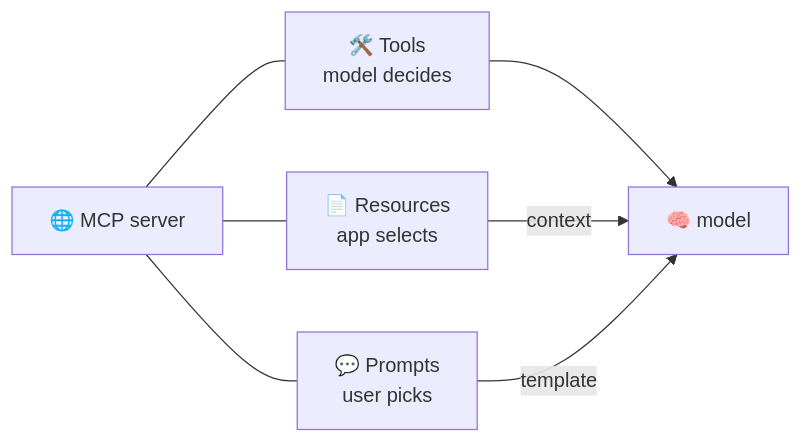
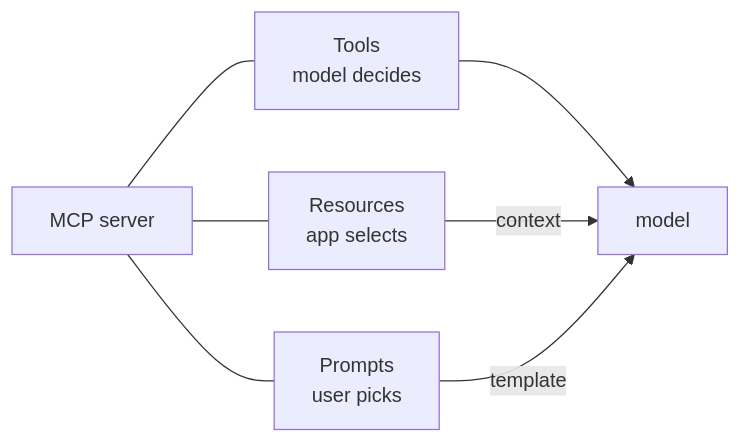
Before and after one commit to nampacx/MS-Foundry-from-0-to-hero: the second of 3 diagrams in docs/mcp-skills.md, drawn with Mermaid. The commit also changed other lines of this file and 37 other files, not shown here.

````diff
--- a/docs/mcp-skills.md
+++ b/docs/mcp-skills.md
@@ -42,9 +42,9 @@
 ```mermaid
 flowchart LR
-  S[🌐 MCP server] --- T[🛠️ Tools<br/>model decides]
-  S --- R[📄 Resources<br/>app selects]
-  S --- P[💬 Prompts<br/>user picks]
-  T --> M[🧠 model]
+  S[MCP server] --- T[Tools<br/>model decides]
+  S --- R[Resources<br/>app selects]
+  S --- P[Prompts<br/>user picks]
+  T --> M[model]
   R -->|context| M
   P -->|template| M
 ```
````
